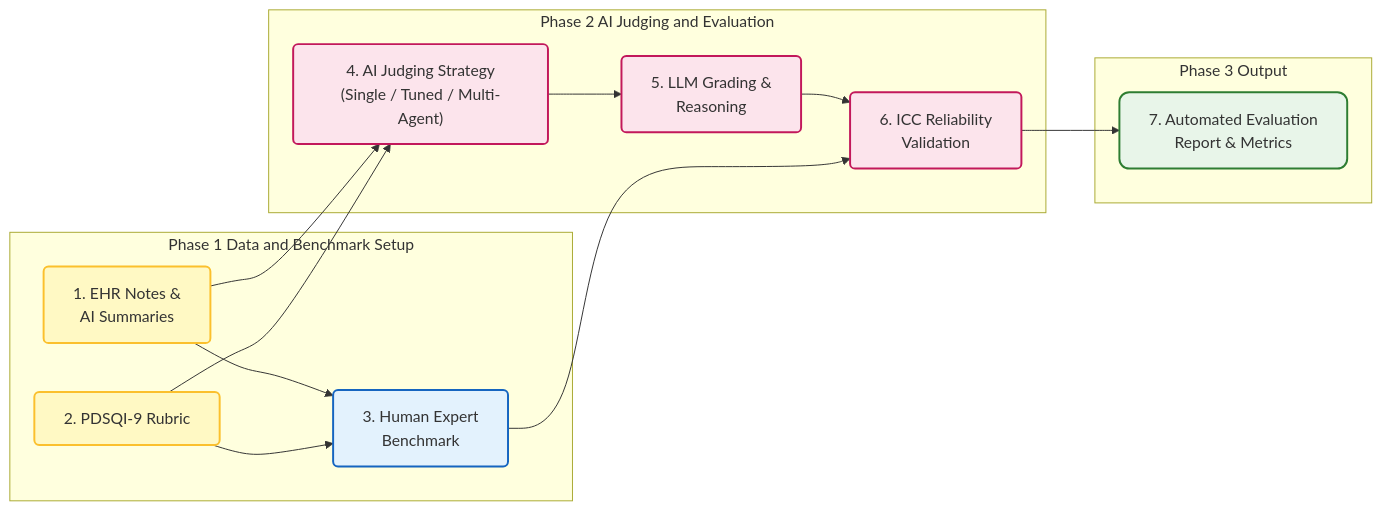
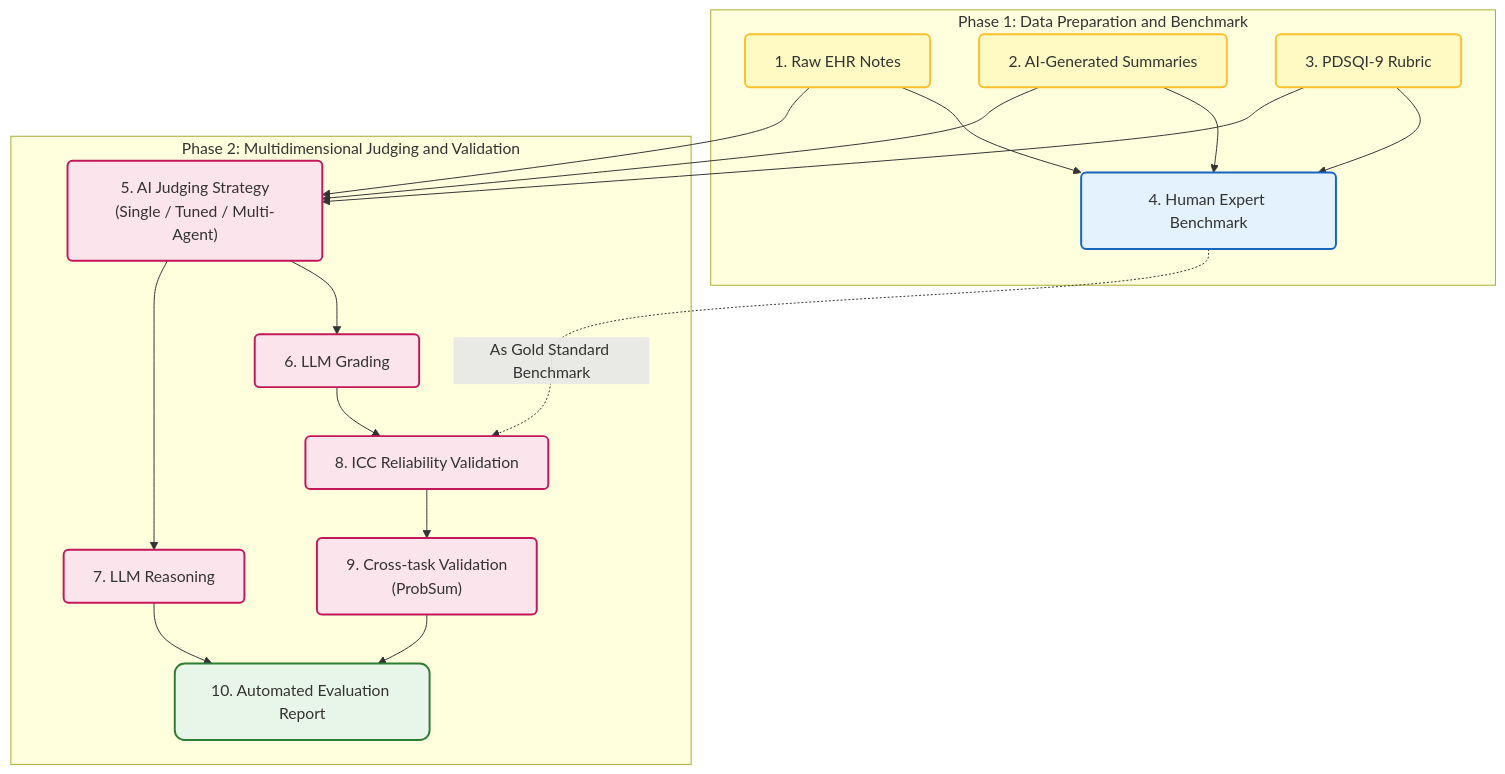
Before and after one commit to hhtrocket/HHT-Benchmark-dataset: the diagram in Literature Review/medical background AI agent evaluation.md, drawn with Mermaid.

Commit message:
Update medical background AI agent evaluation.md

````diff
--- a/Literature Review/medical background AI agent evaluation.md
+++ b/Literature Review/medical background AI agent evaluation.md
@@ -16,35 +16,37 @@
 ```mermaid
-graph LR
+graph TD
     classDef phase1 fill:#e3f2fd,stroke:#1565c0,stroke-width:2px,rx:5,ry:5;
     classDef phase2 fill:#fce4ec,stroke:#c2185b,stroke-width:2px,rx:5,ry:5;
     classDef input fill:#fff9c4,stroke:#fbc02d,stroke-width:2px,rx:5,ry:5;
     classDef report fill:#e8f5e9,stroke:#2e7d32,stroke-width:2px,rx:10,ry:10;
 
-    subgraph Phase1 [Phase 1 Data and Benchmark Setup]
-        Data["1. EHR Notes &<br/>AI Summaries"]:::input
-        Rubric["2. PDSQI-9 Rubric"]:::input
-        HumanEval["3. Human Expert<br/>Benchmark"]:::phase1
+    subgraph Phase1 [Phase 1: Data Preparation and Benchmark]
+        Notes["1. Raw EHR Notes"]:::input
+        Summaries["2. AI-Generated Summaries"]:::input
+        Rubric["3. PDSQI-9 Rubric"]:::input
+        HumanEval["4. Human Expert Benchmark"]:::phase1
         
-        Data --> HumanEval
+        Notes & Summaries --> HumanEval
         Rubric --> HumanEval
     end
 
-    subgraph Phase2 [Phase 2 AI Judging and Evaluation]
-        Strategy["4. AI Judging Strategy<br/>(Single / Tuned / Multi-Agent)"]:::phase2
-        LLMScore["5. LLM Grading &<br/>Reasoning"]:::phase2
-        Validation["6. ICC Reliability<br/>Validation"]:::phase2
+    subgraph Phase2 [Phase 2: Multidimensional Judging and Validation]
+        Strategy["5. AI Judging Strategy<br/>(Single / Tuned / Multi-Agent)"]:::phase2
+        LLMScore["6. LLM Grading"]:::phase2
+        LLMReason["7. LLM Reasoning"]:::phase2
+        Validation["8. ICC Reliability Validation"]:::phase2
+        CrossTask["9. Cross-task Validation<br/>(ProbSum)"]:::phase2
+        Report["10. Automated Evaluation Report"]:::report
         
         Strategy --> LLMScore
+        Strategy --> LLMReason
         LLMScore --> Validation
+        Validation --> CrossTask
+        CrossTask --> Report
+        LLMReason --> Report
     end
 
-    subgraph Phase3 [Phase 3 Output]
-        Report["7. Automated Evaluation<br/>Report & Metrics"]:::report
-    end
-
-    %% 跨阶段连线
-    Data --> Strategy
-    Rubric --> Strategy
-    HumanEval --> Validation
-    Validation --> Report
+    %% Cross-phase connections
+    Notes & Summaries & Rubric --> Strategy
+    HumanEval -.->|As Gold Standard Benchmark| Validation
 ```
````
